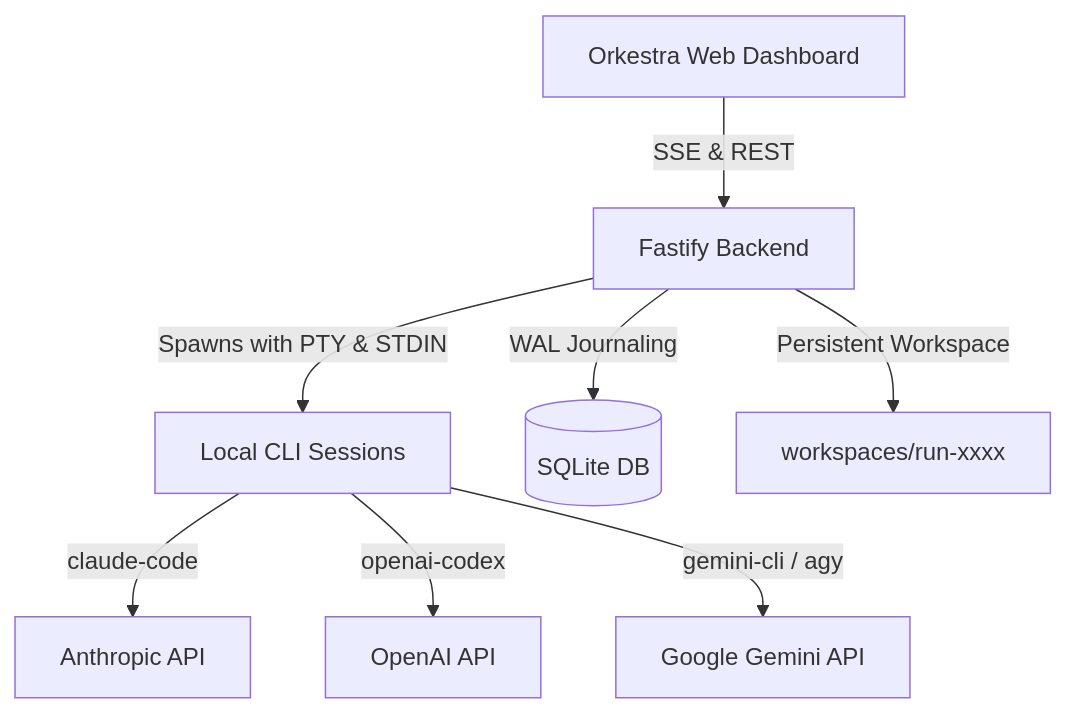
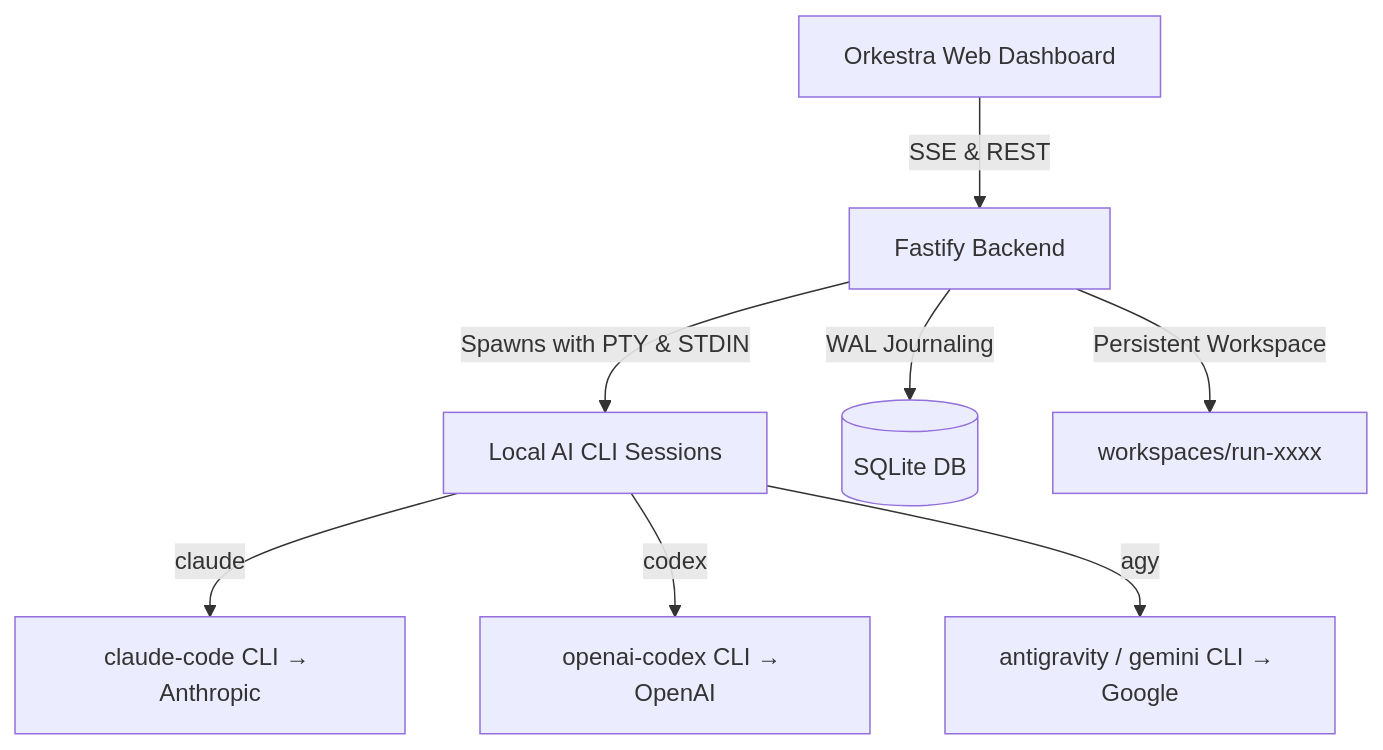
The diagram in README.md (burakdemir16/Orkestra-CLI), drawn with Mermaid before and after one commit. The commit also changed other lines of this file and 4 other files, not shown here.

````diff
--- a/README.md
+++ b/README.md
@@ -140,10 +140,10 @@
 ```mermaid
 graph TD
     UI[Orkestra Web Dashboard] -->|SSE & REST| Backend[Fastify Backend]
-    Backend -->|Spawns with PTY & STDIN| CLI[Local CLI Sessions]
-    CLI -->|claude-code| Anthropic[Anthropic API]
-    CLI -->|openai-codex| OpenAI[OpenAI API]
-    CLI -->|gemini-cli / agy| Google[Google Gemini API]
+    Backend -->|Spawns with PTY & STDIN| CLI[Local AI CLI Sessions]
+    CLI -->|claude| C1[claude-code CLI → Anthropic]
+    CLI -->|codex| C2[openai-codex CLI → OpenAI]
+    CLI -->|agy| C3[antigravity / gemini CLI → Google]
     Backend -->|WAL Journaling| DB[(SQLite DB)]
     Backend -->|Persistent Workspace| WS[workspaces/run-xxxx]
 ```
````
